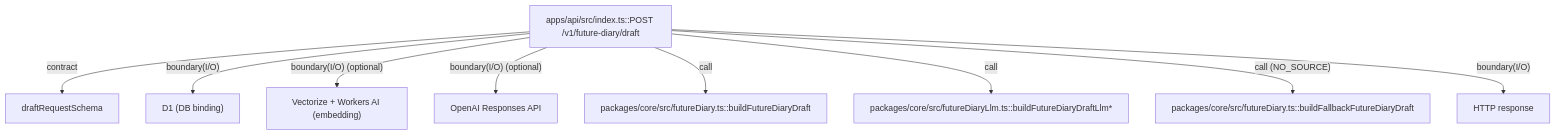
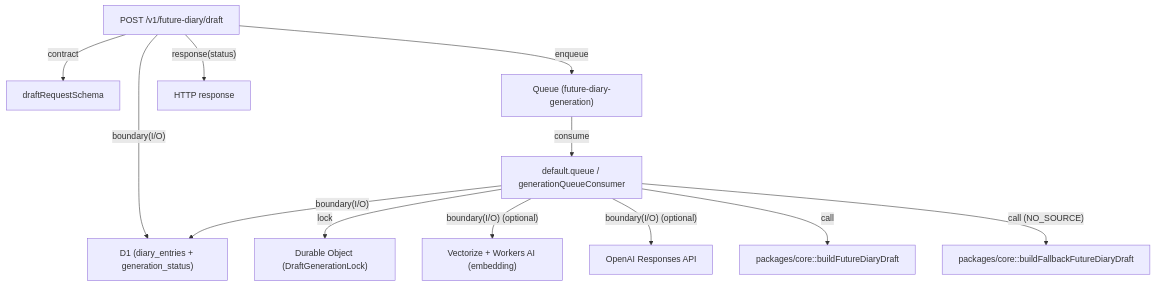
Before and after one commit to YotaroMatsui/future_diary: the diagram in apps/api/README.md, drawn with Mermaid. The commit also changed other lines of this file and 23 other files, not shown here.

````diff
--- a/apps/api/README.md
+++ b/apps/api/README.md
@@ -306,11 +316,15 @@
 ```mermaid
 flowchart TD
-  EP["apps/api/src/index.ts::POST /v1/future-diary/draft"] -->|"contract"| ZD["draftRequestSchema"]
-  EP -->|"boundary(I/O)"| D1["D1 (DB binding)"]
-  EP -->|"boundary(I/O) (optional)"| VEC["Vectorize + Workers AI (embedding)"]
-  EP -->|"boundary(I/O) (optional)"| OA["OpenAI Responses API"]
-  EP -->|"call"| UC["packages/core/src/futureDiary.ts::buildFutureDiaryDraft"]
-  EP -->|"call"| LP["packages/core/src/futureDiaryLlm.ts::buildFutureDiaryDraftLlm*"]
-  EP -->|"call (NO_SOURCE)"| FB["packages/core/src/futureDiary.ts::buildFallbackFutureDiaryDraft"]
-  EP -->|"boundary(I/O)"| HTTP["HTTP response"]
+  EP["POST /v1/future-diary/draft"] -->|"contract"| ZD["draftRequestSchema"]
+  EP -->|"boundary(I/O)"| D1["D1 (diary_entries + generation_status)"]
+  EP -->|"enqueue"| Q["Queue (future-diary-generation)"]
+  EP -->|"response(status)"| HTTP["HTTP response"]
+
+  Q -->|"consume"| QC["default.queue / generationQueueConsumer"]
+  QC -->|"lock"| DO["Durable Object (DraftGenerationLock)"]
+  QC -->|"boundary(I/O)"| D1
+  QC -->|"boundary(I/O) (optional)"| VEC["Vectorize + Workers AI (embedding)"]
+  QC -->|"boundary(I/O) (optional)"| OA["OpenAI Responses API"]
+  QC -->|"call"| UC["packages/core::buildFutureDiaryDraft"]
+  QC -->|"call (NO_SOURCE)"| FB["packages/core::buildFallbackFutureDiaryDraft"]
 ```
````
